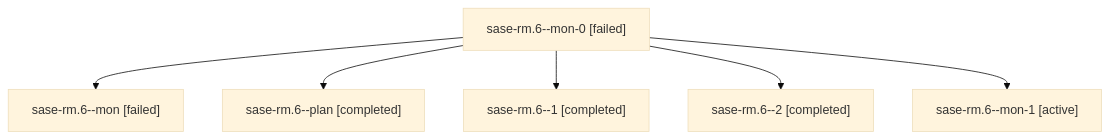
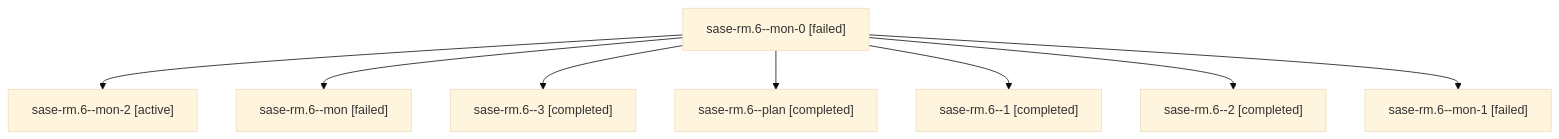
The diagram in families/bbugyi200.athena.sase-rm.6.md (sase-org/sase--agents), drawn with Mermaid (base theme) before and after one commit. The commit also changed other lines of this file and 118 other files, not shown here.

````diff
--- a/families/bbugyi200.athena.sase-rm.6.md
+++ b/families/bbugyi200.athena.sase-rm.6.md
@@ -9,14 +9,18 @@
 ```mermaid
 flowchart TD
   n0["sase-rm.6--mon-0 [failed]"]
-  n1["sase-rm.6--mon [failed]"]
+  n1["sase-rm.6--mon-2 [active]"]
   n0 --> n1
-  n2["sase-rm.6--plan [completed]"]
+  n2["sase-rm.6--mon [failed]"]
   n0 --> n2
-  n3["sase-rm.6--1 [completed]"]
+  n3["sase-rm.6--3 [completed]"]
   n0 --> n3
-  n4["sase-rm.6--2 [completed]"]
+  n4["sase-rm.6--plan [completed]"]
   n0 --> n4
-  n5["sase-rm.6--mon-1 [active]"]
+  n5["sase-rm.6--1 [completed]"]
   n0 --> n5
+  n6["sase-rm.6--2 [completed]"]
+  n0 --> n6
+  n7["sase-rm.6--mon-1 [failed]"]
+  n0 --> n7
 ```
````
